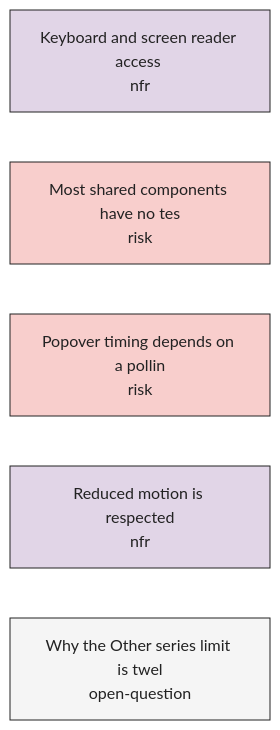
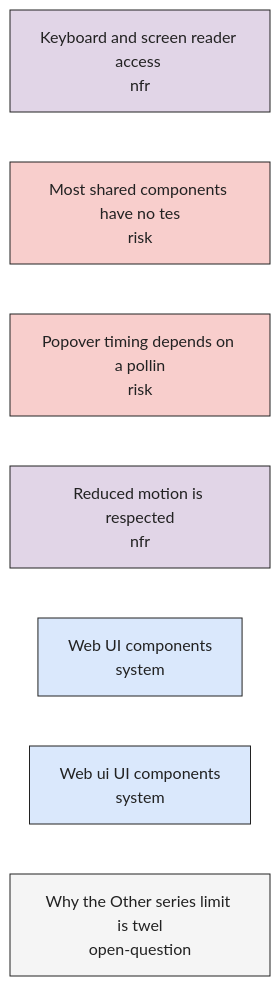
The diagram in docs/brain/Ontology/ch-localtokenomics-web-src-components.mmd (GeorgiNaydenov/LocalTokenomics), drawn with Mermaid before and after one commit. The commit also changed 9 other files, not shown here.

Commit message:
docs: approve chunk ch-localtokenomics-web-src-components

```diff
--- a/docs/brain/Ontology/ch-localtokenomics-web-src-components.mmd
+++ b/docs/brain/Ontology/ch-localtokenomics-web-src-components.mmd
@@ -1,12 +1,16 @@
 flowchart LR
     n0["Keyboard and screen reader access <br/>nfr"]
     n1["Most shared components have no tes<br/>risk"]
     n2["Popover timing depends on a pollin<br/>risk"]
     n3["Reduced motion is respected<br/>nfr"]
-    n4["Why the Other series limit is twel<br/>open-question"]
+    n4["Web UI components<br/>system"]
+    n5["Web ui UI components<br/>system"]
+    n6["Why the Other series limit is twel<br/>open-question"]
     classDef k_nfr fill:#e1d5e7,stroke:#222222,color:#222222
     class n0,n3 k_nfr
     classDef k_openquestion fill:#f5f5f5,stroke:#222222,color:#222222
-    class n4 k_openquestion
+    class n6 k_openquestion
     classDef k_risk fill:#f8cecc,stroke:#222222,color:#222222
     class n1,n2 k_risk
+    classDef k_system fill:#dae8fc,stroke:#222222,color:#222222
+    class n4,n5 k_system
```
